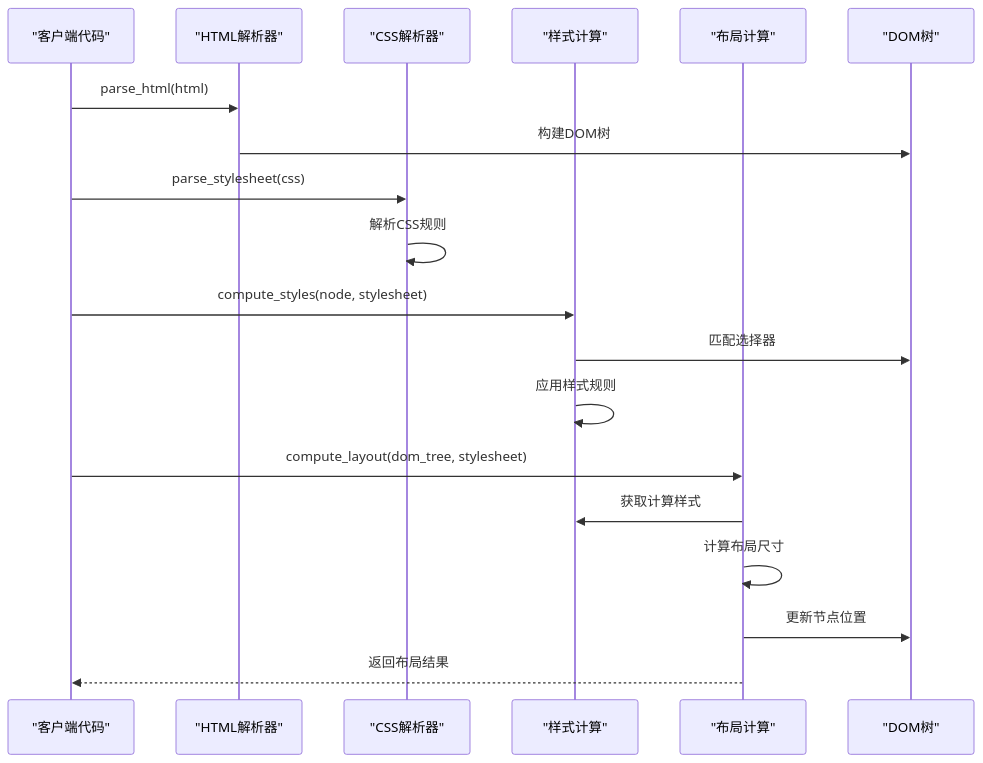
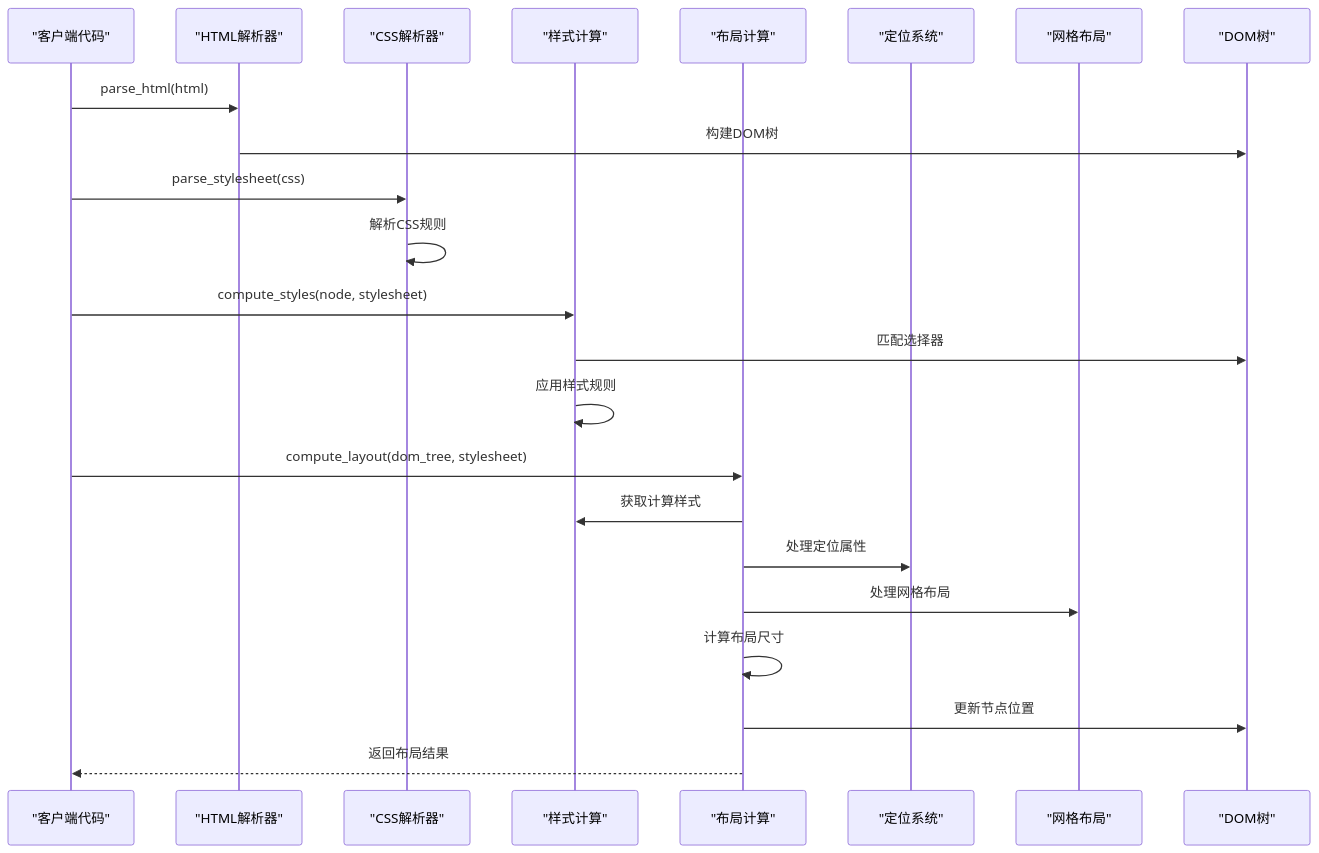
Before and after one commit to itszzl-sudo/iris: the second of 18 diagrams in .qoder/repowiki/zh/content/技术架构详解/布局样式系统/iris-layout布局引擎.md, drawn with Mermaid. The commit also changed other lines of this file and 6 other files, not shown here.

````diff
--- a/.qoder/repowiki/zh/content/技术架构详解/布局样式系统/iris-layout布局引擎.md
+++ b/.qoder/repowiki/zh/content/技术架构详解/布局样式系统/iris-layout布局引擎.md
@@ -131,21 +151,25 @@
 ```mermaid
 sequenceDiagram
 participant Client as "客户端代码"
 participant HTML as "HTML解析器"
 participant CSS as "CSS解析器"
 participant Style as "样式计算"
 participant Layout as "布局计算"
+participant Positioning as "定位系统"
+participant Grid as "网格布局"
 participant DOM as "DOM树"
 Client->>HTML : parse_html(html)
 HTML->>DOM : 构建DOM树
 Client->>CSS : parse_stylesheet(css)
 CSS->>CSS : 解析CSS规则
 Client->>Style : compute_styles(node, stylesheet)
 Style->>DOM : 匹配选择器
 Style->>Style : 应用样式规则
 Client->>Layout : compute_layout(dom_tree, stylesheet)
 Layout->>Style : 获取计算样式
+Layout->>Positioning : 处理定位属性
+Layout->>Grid : 处理网格布局
 Layout->>Layout : 计算布局尺寸
 Layout->>DOM : 更新节点位置
 Layout-->>Client : 返回布局结果
 ```
````
